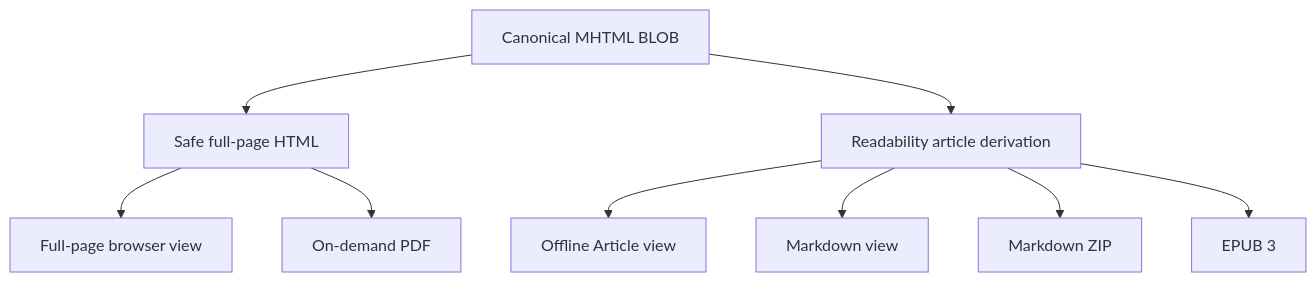
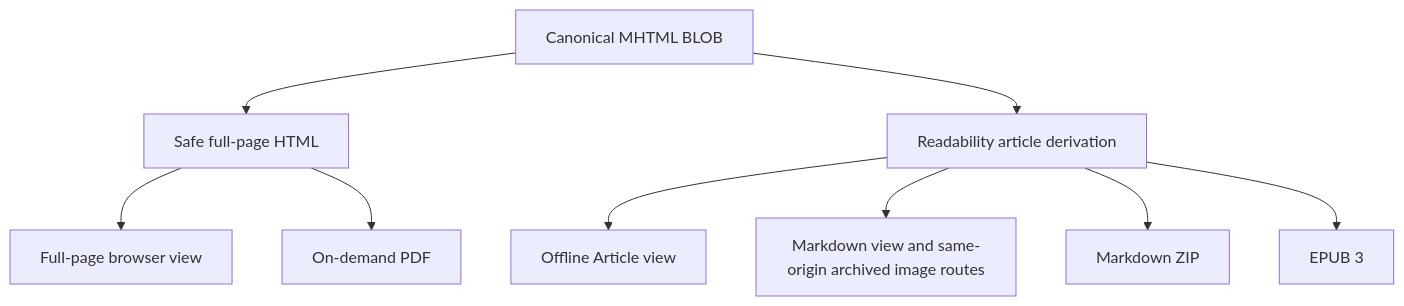
One commit to rcarmo/bun-packrat changed the third of 3 diagrams in docs/architecture.md. Above: the diagram before and after it, drawn with Mermaid. The commit also changed other lines of this file and 10 other files, not shown here.

````diff
--- a/docs/architecture.md
+++ b/docs/architecture.md
@@ -54,11 +54,11 @@
 ```mermaid
 flowchart TD
     M[Canonical MHTML BLOB] --> H[Safe full-page HTML]
     M --> A[Readability article derivation]
     H --> F[Full-page browser view]
     H --> P[On-demand PDF]
     A --> AV[Offline Article view]
-    A --> MD[Markdown view]
+    A --> MD[Markdown view and same-origin archived image routes]
     A --> Z[Markdown ZIP]
     A --> EP[EPUB 3]
 ```
````
